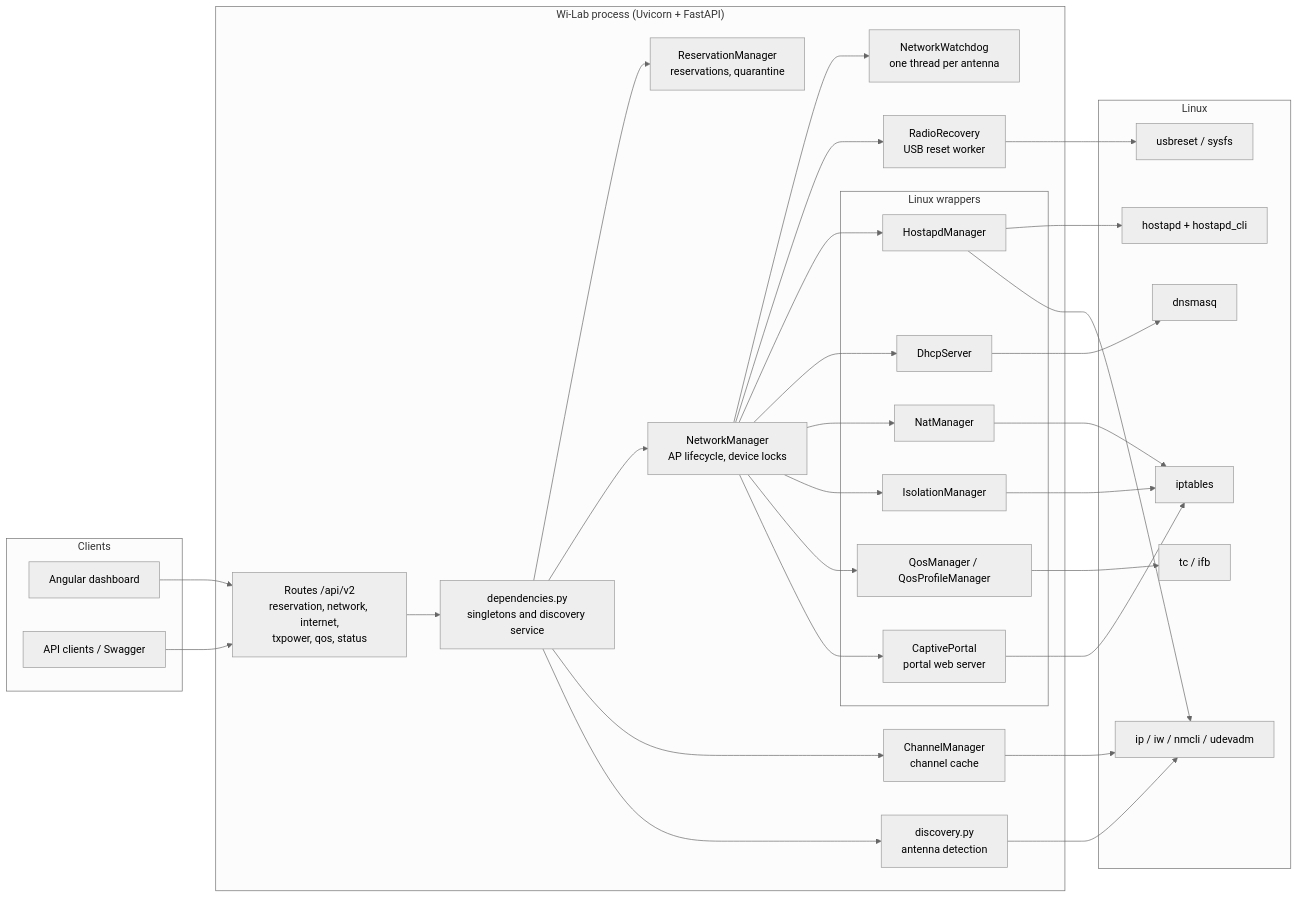
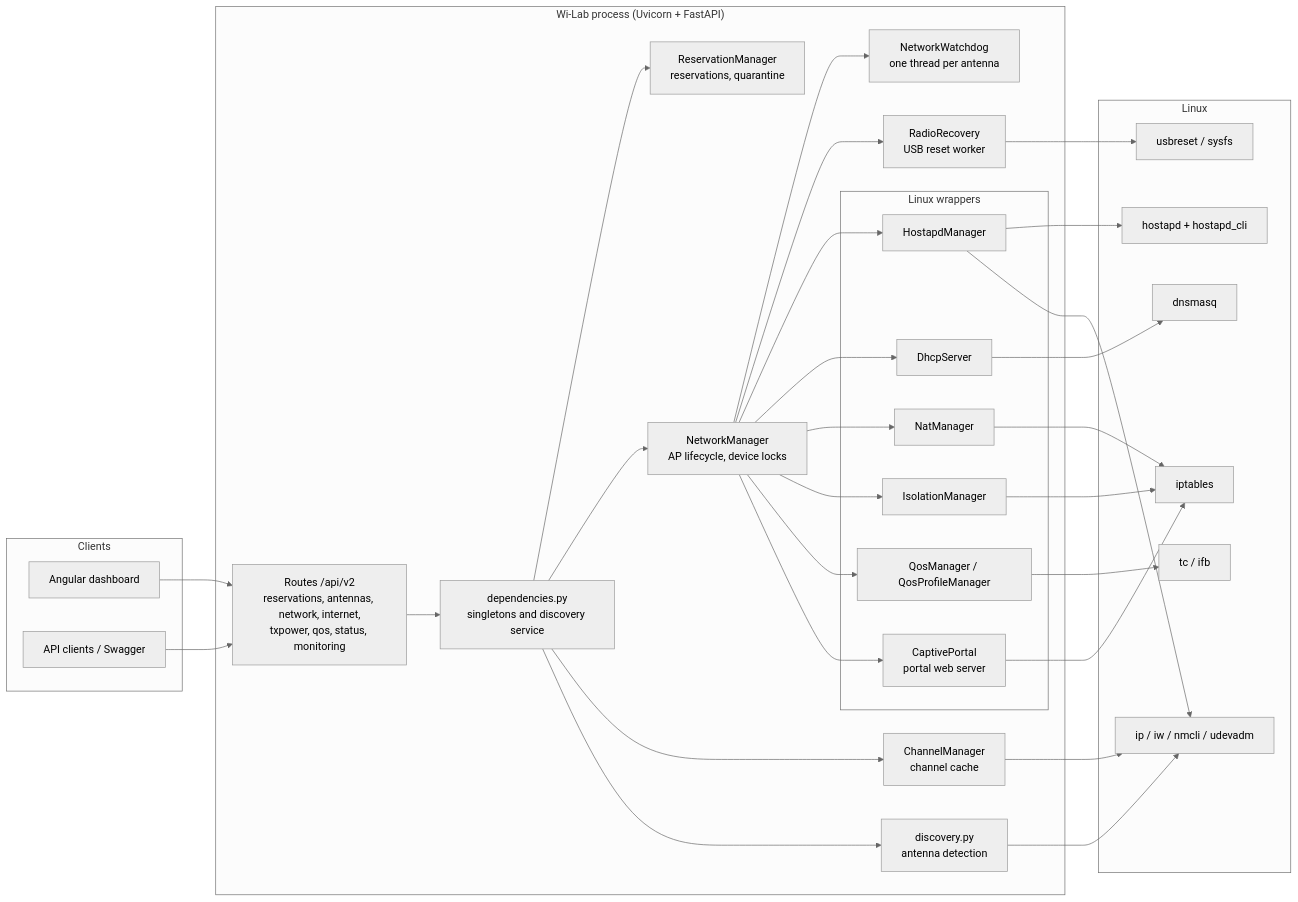
One commit to caporalesimone/wi-lab changed the first of 15 diagrams in docs/architecture.md. Above: the diagram before and after it, drawn with Mermaid (neutral theme). The commit also changed other lines of this file and 12 other files, not shown here.

````diff
--- a/docs/architecture.md
+++ b/docs/architecture.md
@@ -16,61 +16,61 @@
 ```mermaid
 flowchart LR
     subgraph Clients
         UI["Angular dashboard"]
         API["API clients / Swagger"]
     end
 
     subgraph Process["Wi-Lab process (Uvicorn + FastAPI)"]
-        R["Routes /api/v2<br/>reservation, network, internet,<br/>txpower, qos, status"]
+        R["Routes /api/v2<br/>reservations, antennas, network, internet,<br/>txpower, qos, status, monitoring"]
         D["dependencies.py<br/>singletons and discovery service"]
         RM["ReservationManager<br/>reservations, quarantine"]
         NM["NetworkManager<br/>AP lifecycle, device locks"]
         WD["NetworkWatchdog<br/>one thread per antenna"]
         RR["RadioRecovery<br/>USB reset worker"]
         CM["ChannelManager<br/>channel cache"]
         DISC["discovery.py<br/>antenna detection"]
         subgraph Drivers["Linux wrappers"]
             HA["HostapdManager"]
             DH["DhcpServer"]
             NAT["NatManager"]
             ISO["IsolationManager"]
             QOS["QosManager / QosProfileManager"]
             CP["CaptivePortal<br/>portal web server"]
         end
     end
 
     subgraph Linux
         HOSTAPD["hostapd + hostapd_cli"]
         DNSMASQ["dnsmasq"]
         IPT["iptables"]
         TC["tc / ifb"]
         IPIW["ip / iw / nmcli / udevadm"]
         USB["usbreset / sysfs"]
     end
 
     UI --> R
     API --> R
     R --> D
     D --> RM
     D --> NM
     D --> CM
     D --> DISC
     NM --> WD
     NM --> RR
     NM --> HA
     NM --> DH
     NM --> NAT
     NM --> ISO
     NM --> QOS
     NM --> CP
     HA --> HOSTAPD
     HA --> IPIW
     DH --> DNSMASQ
     NAT --> IPT
     ISO --> IPT
     CP --> IPT
     QOS --> TC
     DISC --> IPIW
     CM --> IPIW
     RR --> USB
 ```
````
